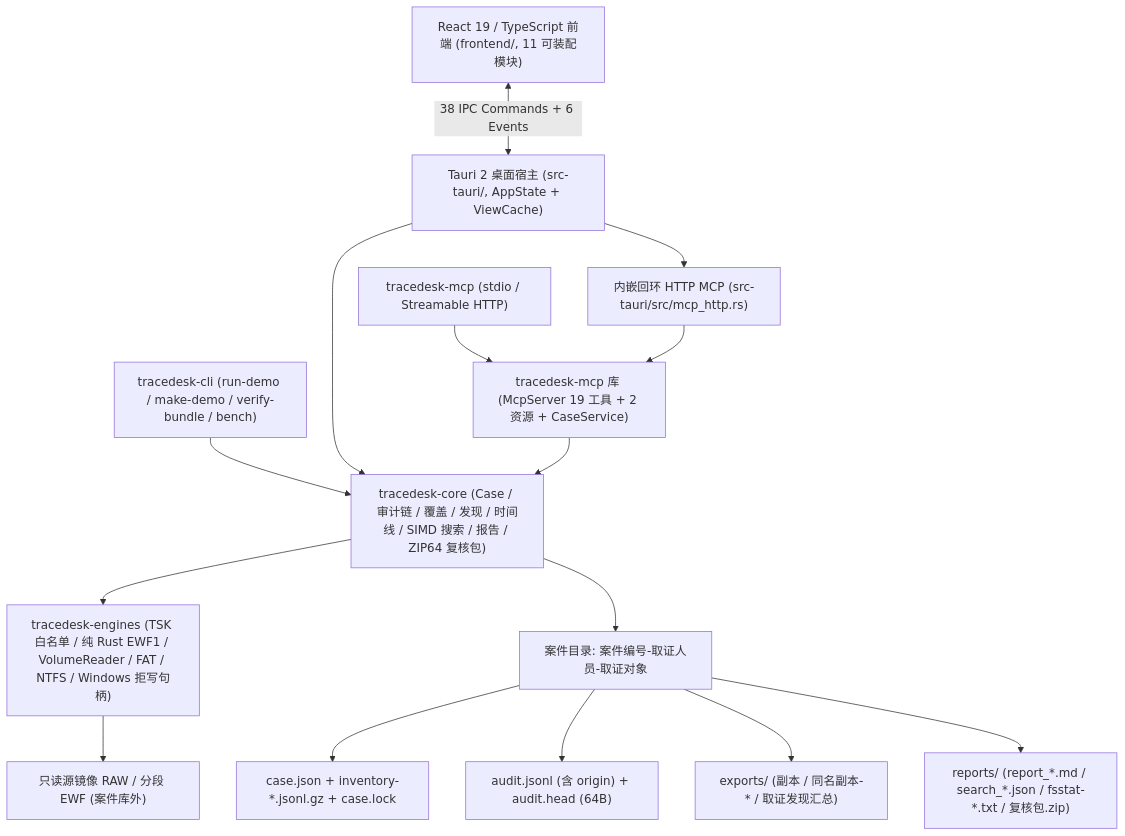
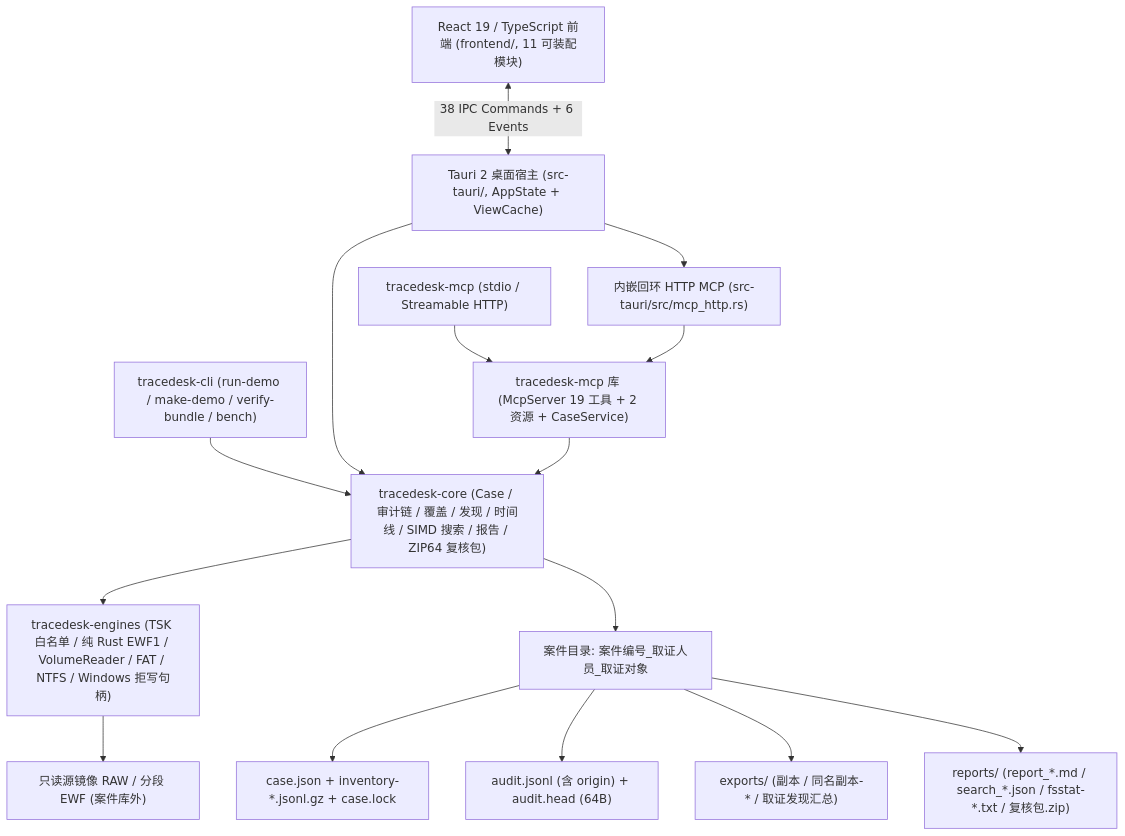
The diagram in docs/设计与验收说明.md (CYMR-1/TraceDesk), drawn with Mermaid before and after one commit. The commit also changed 8 other files, not shown here.

````diff
--- a/docs/设计与验收说明.md
+++ b/docs/设计与验收说明.md
@@ -30,19 +30,19 @@
 ```mermaid
 flowchart TD
     UI["React 19 / TypeScript 前端 (frontend/, 11 可装配模块)"] <-->|"38 IPC Commands + 6 Events"| TAURI["Tauri 2 桌面宿主 (src-tauri/, AppState + ViewCache)"]
     TAURI --> EMB["内嵌回环 HTTP MCP (src-tauri/src/mcp_http.rs)"]
     CLI["tracedesk-cli (run-demo / make-demo / verify-bundle / bench)"] --> CORE
     MCPBIN["tracedesk-mcp (stdio / Streamable HTTP)"] --> MCPLIB["tracedesk-mcp 库 (McpServer 19 工具 + 2 资源 + CaseService)"]
     EMB --> MCPLIB
 
     TAURI --> CORE["tracedesk-core (Case / 审计链 / 覆盖 / 发现 / 时间线 / SIMD 搜索 / 报告 / ZIP64 复核包)"]
     MCPLIB --> CORE
     CORE --> ENG["tracedesk-engines (TSK 白名单 / 纯 Rust EWF1 / VolumeReader / FAT / NTFS / Windows 拒写句柄)"]
     ENG --> IMG["只读源镜像 RAW / 分段 EWF (案件库外)"]
 
-    CORE --> CASE["案件目录: 案件编号-取证人员-取证对象"]
+    CORE --> CASE["案件目录: 案件编号_取证人员_取证对象"]
     CASE --> META["case.json + inventory-*.jsonl.gz + case.lock"]
     CASE --> AUD["audit.jsonl (含 origin) + audit.head (64B)"]
     CASE --> EXP["exports/ (副本 / 同名副本-* / 取证发现汇总)"]
     CASE --> REP["reports/ (report_*.md / search_*.json / fsstat-*.txt / 复核包.zip)"]
 ```
````
